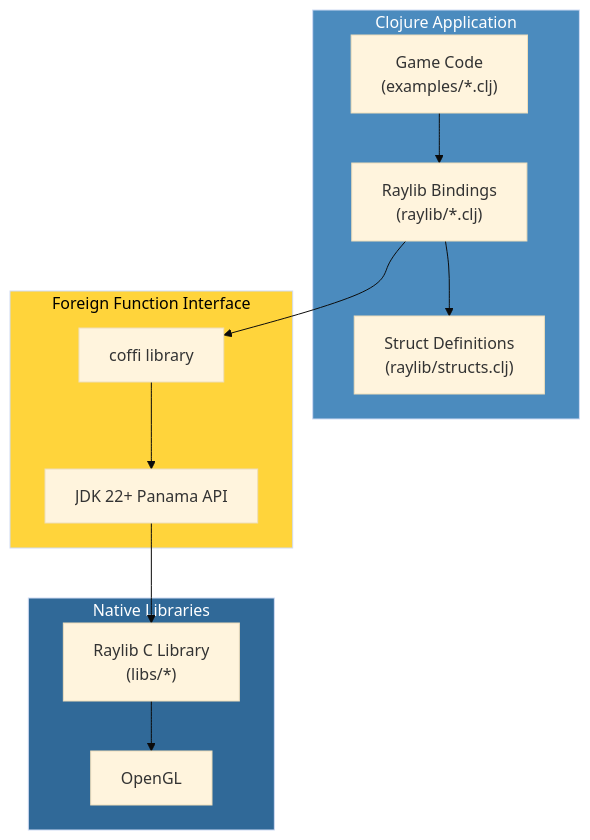
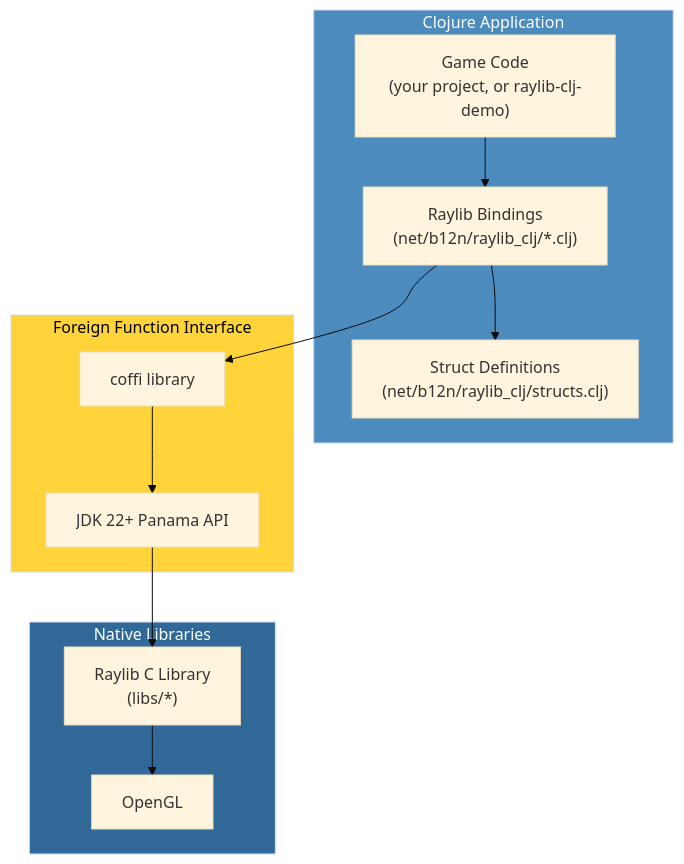
The first of 3 diagrams in docs/guide/architecture.md (b12n-oss/raylib-clj), drawn with Mermaid (base theme) before and after one commit. The commit also changed other lines of this file and 277 other files, not shown here.

````diff
--- a/docs/guide/architecture.md
+++ b/docs/guide/architecture.md
@@ -5,29 +5,29 @@
 ```mermaid
 flowchart TB
     subgraph Clojure["Clojure Application"]
-        Game["Game Code<br/>(examples/*.clj)"]
-        Bindings["Raylib Bindings<br/>(raylib/*.clj)"]
-        Structs["Struct Definitions<br/>(raylib/structs.clj)"]
+        Game["Game Code<br/>(your project, or raylib-clj-demo)"]
+        Bindings["Raylib Bindings<br/>(net/b12n/raylib_clj/*.clj)"]
+        Structs["Struct Definitions<br/>(net/b12n/raylib_clj/structs.clj)"]
     end
     
     subgraph FFI["Foreign Function Interface"]
         Coffi["coffi library"]
         Panama["JDK 22+ Panama API"]
     end
     
     subgraph Native["Native Libraries"]
         Raylib["Raylib C Library<br/>(libs/*)"]
         OpenGL["OpenGL"]
     end
     
     Game --> Bindings
     Bindings --> Structs
     Bindings --> Coffi
     Coffi --> Panama
     Panama --> Raylib
     Raylib --> OpenGL
     
     style Clojure fill:#4B8BBE,color:#fff
     style FFI fill:#FFD43B,color:#000
     style Native fill:#306998,color:#fff
 ```
````
